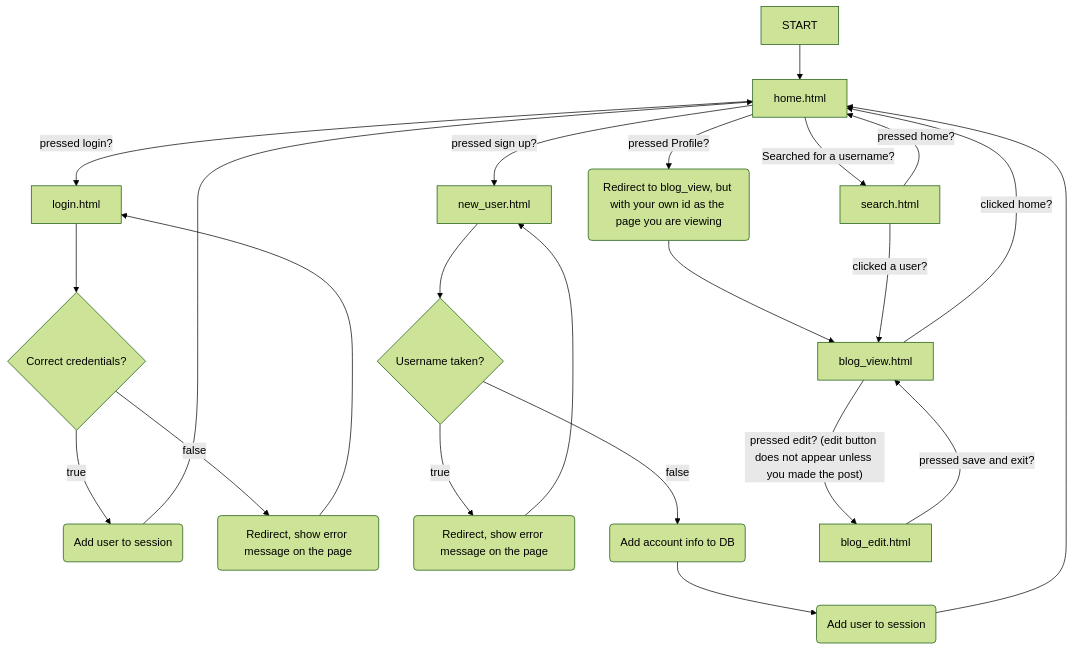
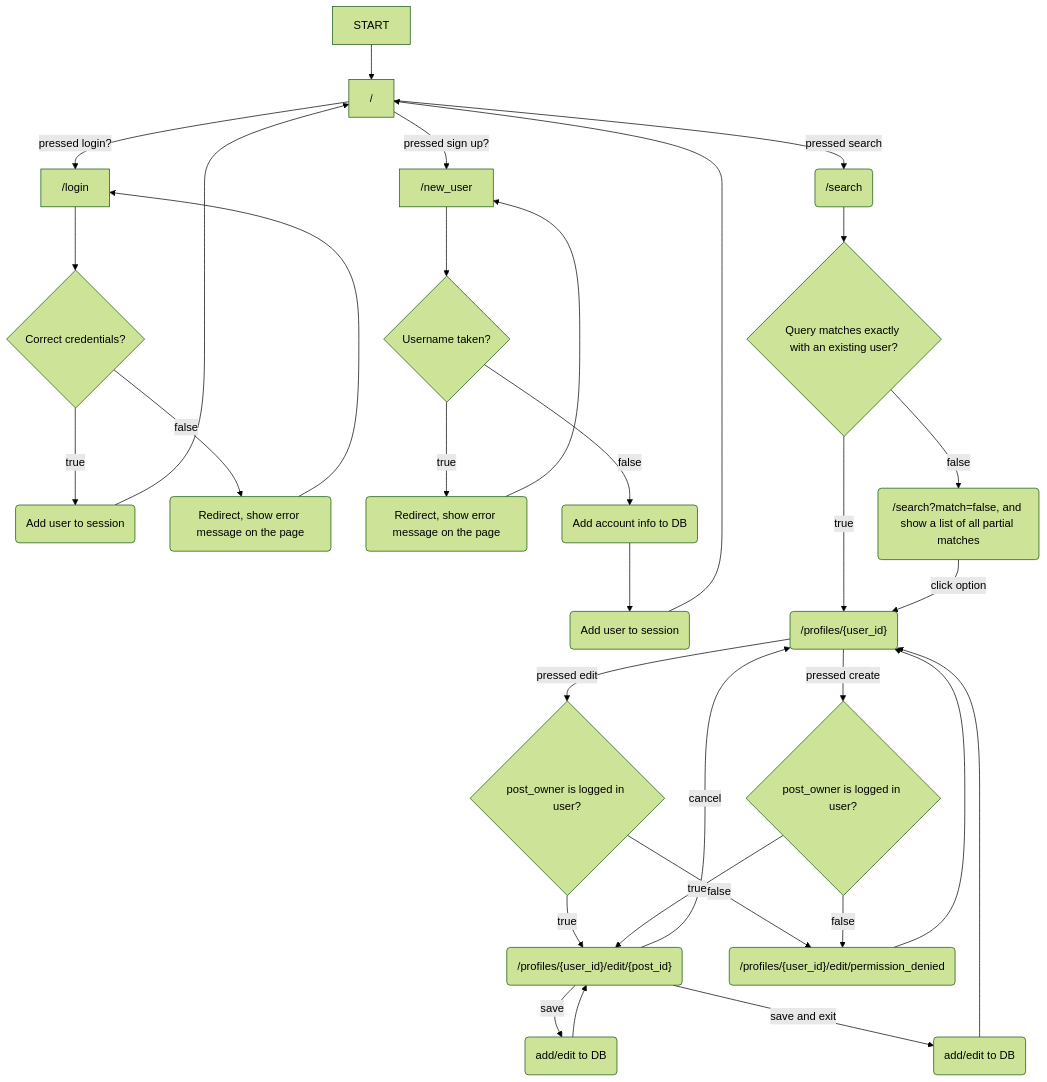
Before and after one commit to cold-muffin/p0-hypergamy: the second of 2 diagrams in design.md, drawn with Mermaid (forest theme).

Commit message:
Update mermaid of site map

````diff
--- a/design.md
+++ b/design.md
@@ -110,23 +110,31 @@
 ``` mermaid
 flowchart TD
-    Start[START]-->Home[home.html]
-    Home-->|pressed login?|Login[login.html]
+    Start[START]-->Home["/"]
+    Home-->|pressed login?|Login["/login"]
     Login-->LoginD{Correct credentials?}
     LoginD-->|true|LoginT(Add user to session)-->Home
     LoginD-->|false|LoginF(Redirect, show error message on the page)-->Login
 
-    Home-->|pressed sign up?|NewUser[new_user.html]
+    Home-->|pressed sign up?|NewUser["/new_user"]
     NewUser-->NewUserD{Username taken?}
     NewUserD-->|true|NewUserT(Redirect, show error message on the page)-->NewUser
     NewUserD-->|false|NewUserF(Add account info to DB)-->NewUserF2(Add user to session)-->Home
 
-    Home-->|pressed Profile?|z(Redirect to blog_view, but with your own id as the page you are viewing)
-    z-->Stranger
-    Stranger-->|"pressed edit? (edit button does not appear unless you made the post)"|Edit[blog_edit.html]
-    Edit-->|pressed save and exit?|Stranger
+    Home-->|pressed search|Search("/search")
+    Search-->SearchD{Query matches exactly with an existing user?}
+    SearchD-->|true|ProfilesUID("/profiles/{user_id}")
+    SearchD-->|false|ProfilesF("/search?match=false, and show a list of all partial matches")
+    ProfilesF-->|"click option"|ProfilesUID
 
-    Home-->|Searched for a username?|Search[search.html]
-    Search-->|pressed home?|Home
-    Search-->|clicked a user?|Stranger[blog_view.html]
-    Stranger-->|clicked home?|Home
+    ProfilesUID-->|pressed edit|EditD{post_owner is logged in user?}
+    EditD-->|true|Editable("/profiles/{user_id}/edit/{post_id}")
+    EditD-->|false|EditPermDenied("/profiles/{user_id}/edit/permission_denied")-->ProfilesUID
+
+    ProfilesUID-->|pressed create|CreateD{post_owner is logged in user?}
+    CreateD-->|true|Editable
+    CreateD-->|false|EditPermDenied
+
+    Editable-->|cancel|ProfilesUID
+    Editable-->|save|ATDB("add/edit to DB")-->Editable
+    Editable-->|save and exit|ATDB2("add/edit to DB")-->ProfilesUID
 ```
````
